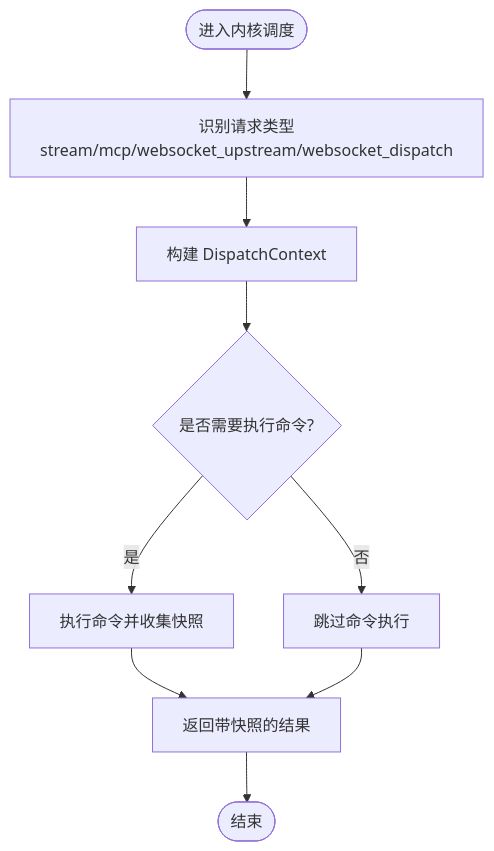
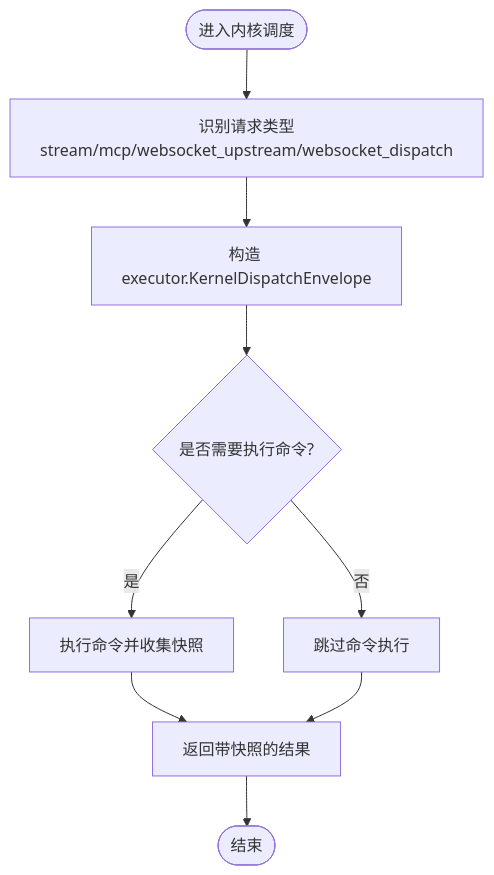
The third of 8 diagrams in .qoder/repowiki/zh/content/服务器核心/内核调度与请求分发系统.md (guweigang/vhttpd), drawn with Mermaid before and after one commit. The commit also changed other lines of this file and 54 other files, not shown here.

````diff
--- a/.qoder/repowiki/zh/content/服务器核心/内核调度与请求分发系统.md
+++ b/.qoder/repowiki/zh/content/服务器核心/内核调度与请求分发系统.md
@@ -133,11 +146,11 @@
 ```mermaid
 flowchart TD
 Start(["进入内核调度"]) --> Detect["识别请求类型<br/>stream/mcp/websocket_upstream/websocket_dispatch"]
-Detect --> BuildCtx["构建 DispatchContext"]
+Detect --> BuildCtx["构造 executor.KernelDispatchEnvelope"]
 BuildCtx --> Delegate{"是否需要执行命令?"}
 Delegate --> |是| ExecCmd["执行命令并收集快照"]
 Delegate --> |否| SkipCmd["跳过命令执行"]
 ExecCmd --> Outcome["返回带快照的结果"]
 SkipCmd --> Outcome
 Outcome --> End(["结束"])
 ```
````
